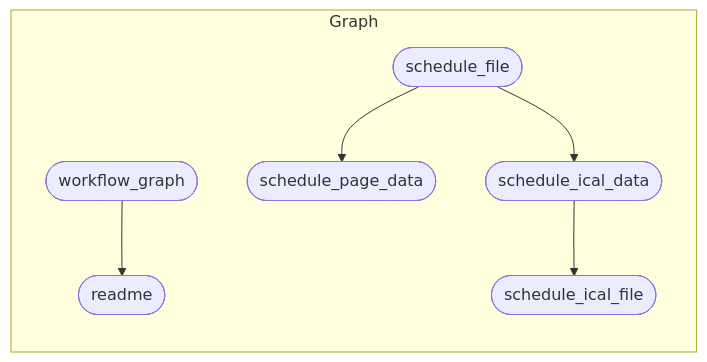
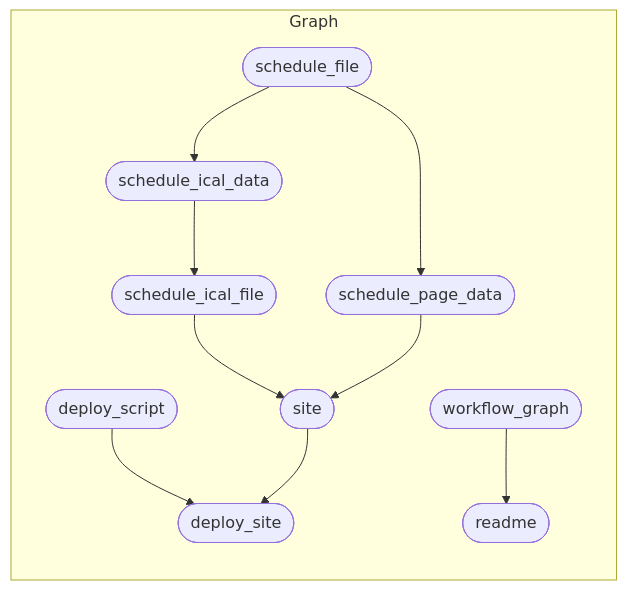
The diagram in README.md (andrewheiss/compasp23.classes.andrewheiss.com), drawn with Mermaid before and after one commit. The commit also changed 1 other file, not shown here.

Commit message:
Update workflow graph

````diff
--- a/README.md
+++ b/README.md
@@ -72,9 +72,13 @@
 ``` mermaid
 graph LR
   subgraph Graph
+    x9c20b8c56debbe9a(["deploy_script"]):::skipped --> x78f3e0b711425f1c(["deploy_site"]):::queued
+    x7aa56383a054e8ba(["site"]):::queued --> x78f3e0b711425f1c(["deploy_site"]):::queued
+    x4d31f5a49d5ae49f(["schedule_ical_file"]):::queued --> x7aa56383a054e8ba(["site"]):::queued
+    x063edd335cc1b36f(["schedule_page_data"]):::queued --> x7aa56383a054e8ba(["site"]):::queued
     xf38d3f5e6365ad72(["workflow_graph"]):::started --> x6e52cb0f1668cc22(["readme"]):::queued
     xdf832f8e1f99baf2(["schedule_file"]):::queued --> x063edd335cc1b36f(["schedule_page_data"]):::queued
     xdf832f8e1f99baf2(["schedule_file"]):::queued --> x35552a73efe9c59f(["schedule_ical_data"]):::queued
     x35552a73efe9c59f(["schedule_ical_data"]):::queued --> x4d31f5a49d5ae49f(["schedule_ical_file"]):::queued
   end
 ```
````
